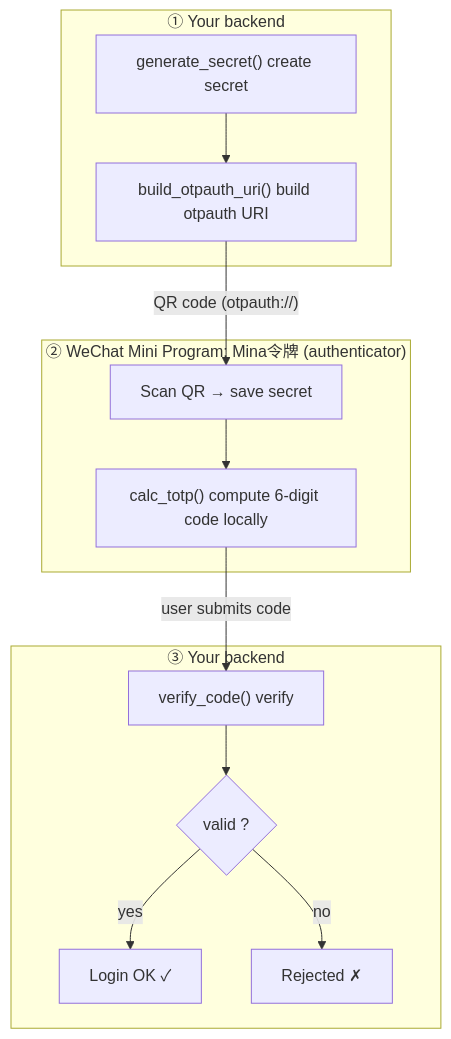
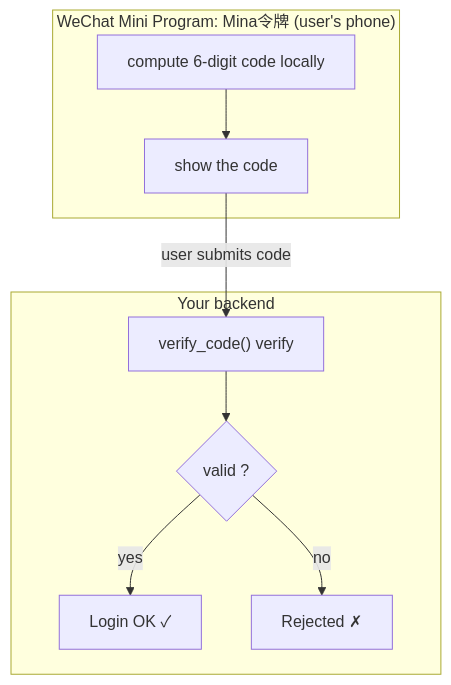
The second of 2 diagrams in README.md (Andy8-jing/minitotp), drawn with Mermaid before and after one commit. The commit also changed other lines of this file and 2 other files, not shown here.

Commit message:
docs: split end-to-end flow into separate enrollment and login Mermaid diagrams

````diff
--- a/README.md
+++ b/README.md
@@ -97,16 +113,12 @@
 ```mermaid
 flowchart TB
-    subgraph S1["① Your backend"]
-        A["generate_secret() create secret"] --> B["build_otpauth_uri() build otpauth URI"]
+    subgraph S1["WeChat Mini Program: Mina令牌 (user's phone)"]
+        A["compute 6-digit code locally"] --> B["show the code"]
     end
-    B -->|"QR code (otpauth://)"| C
-    subgraph S2["② WeChat Mini Program: Mina令牌 (authenticator)"]
-        C["Scan QR → save secret"] --> D["calc_totp() compute 6-digit code locally"]
-    end
-    D -->|"user submits code"| E
-    subgraph S3["③ Your backend"]
-        E["verify_code() verify"] --> F{"valid ?"}
-        F -->|"yes"| G["Login OK ✓"]
-        F -->|"no"| H["Rejected ✗"]
+    B -->|"user submits code"| C
+    subgraph S2["Your backend"]
+        C["verify_code() verify"] --> D{"valid ?"}
+        D -->|"yes"| E["Login OK ✓"]
+        D -->|"no"| F["Rejected ✗"]
     end
 ```
````
